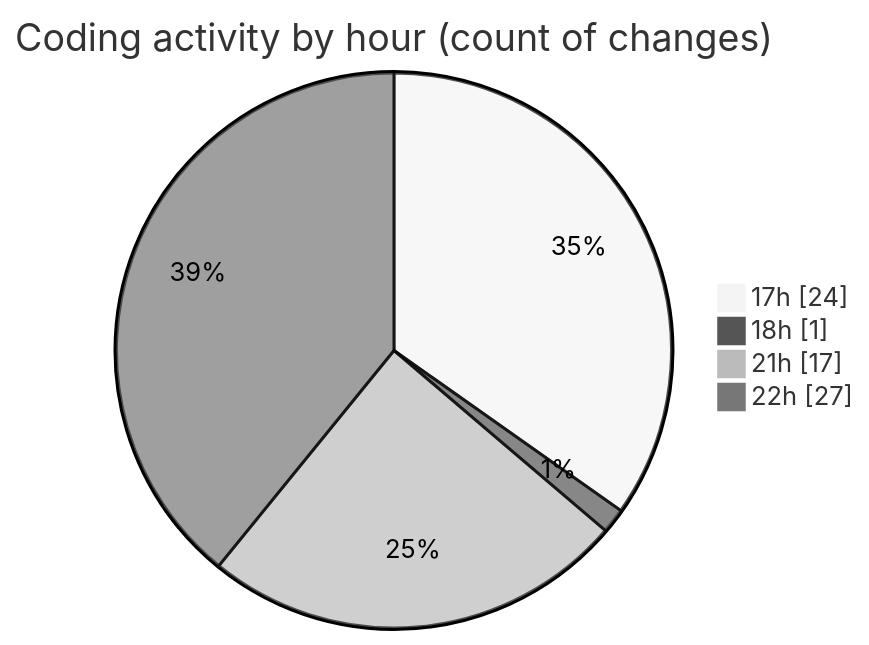
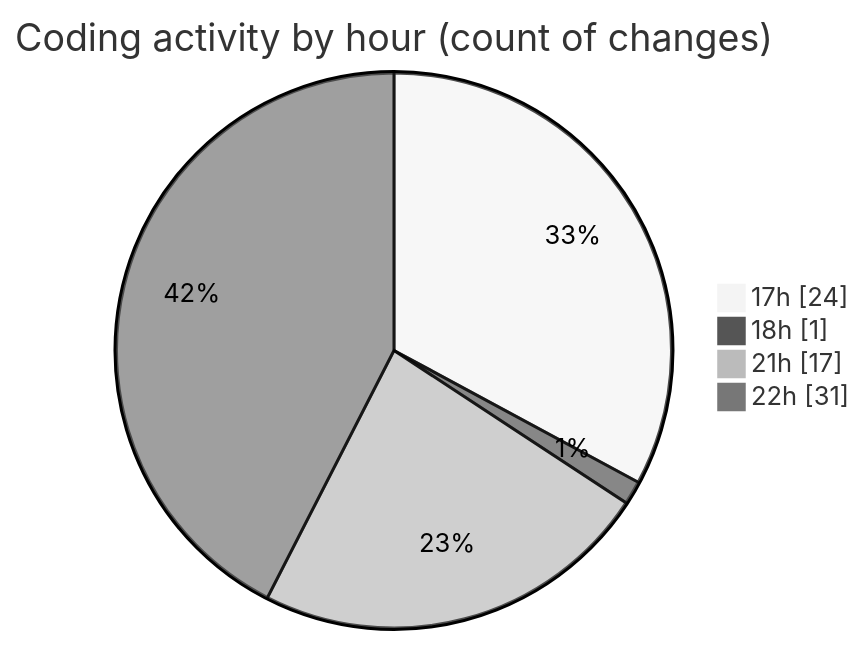
One commit to EIIisD/code-tracking changed the second of 2 diagrams in 2025-07-13/tampermonkey/README.md. Above: the diagram before and after it, drawn with Mermaid (neutral theme). The commit also changed other lines of this file and 1 other file, not shown here.

````diff
--- a/2025-07-13/tampermonkey/README.md
+++ b/2025-07-13/tampermonkey/README.md
@@ -44,8 +44,8 @@
 ```mermaid
 pie showData
 title Coding activity by hour (count of changes)
 "17h" : 24
 "18h" : 1
 "21h" : 17
-"22h" : 27
+"22h" : 31
 ```
````
